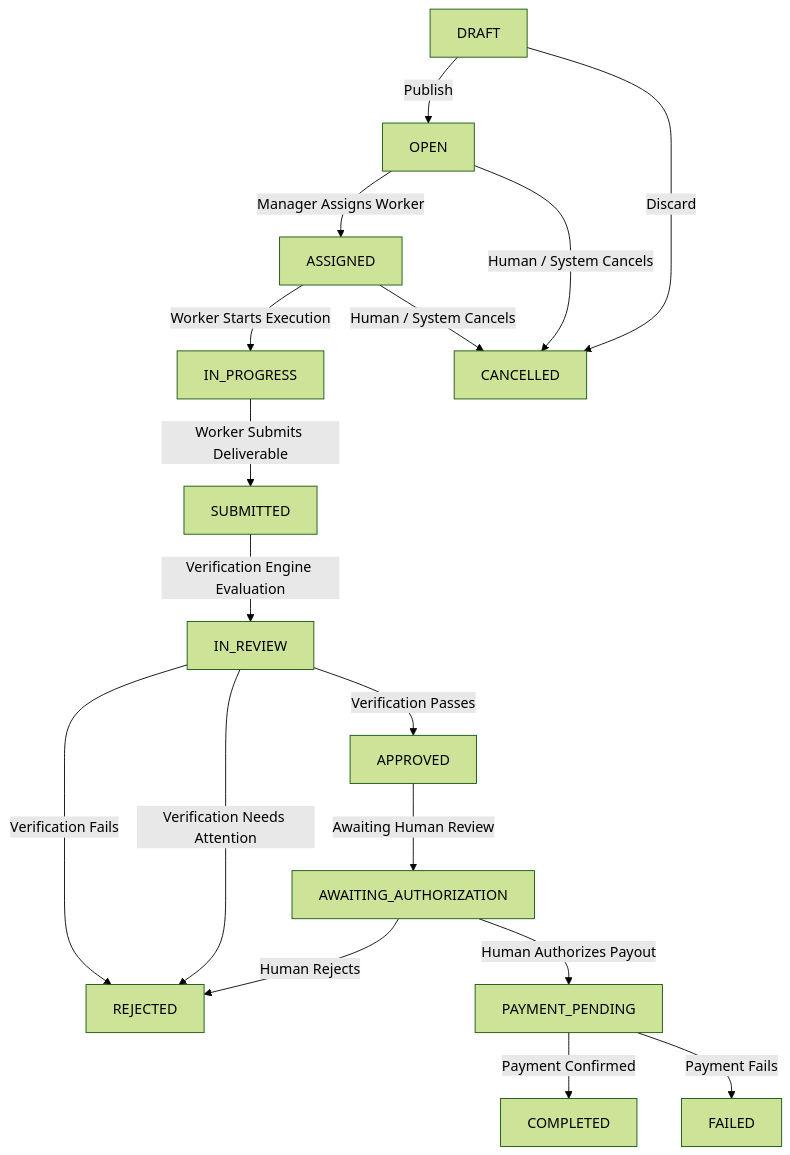
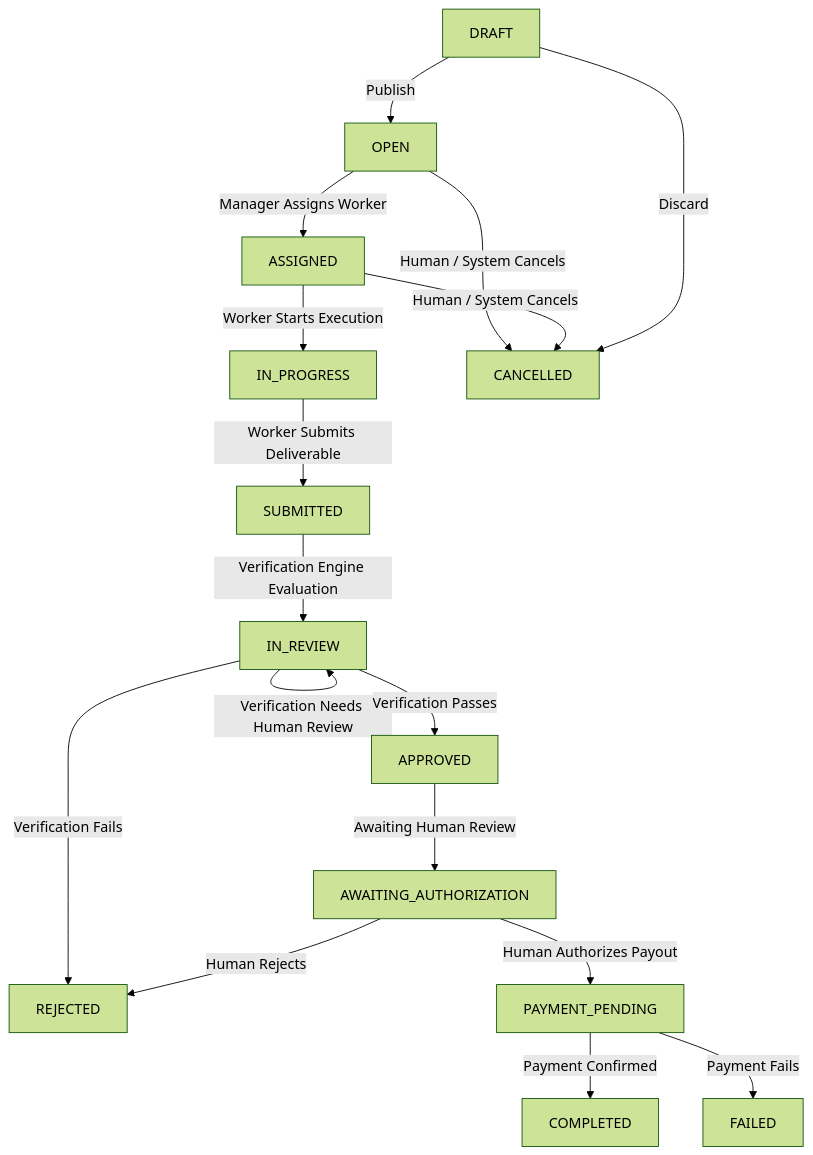
One commit to anuj14122007/Agent-Bounty changed the first of 5 diagrams in docs/STATE_MACHINES.md. Above: the diagram before and after it, drawn with Mermaid (forest theme). The commit also changed other lines of this file and 28 other files, not shown here.

````diff
--- a/docs/STATE_MACHINES.md
+++ b/docs/STATE_MACHINES.md
@@ -7,20 +7,20 @@
 ```mermaid
 flowchart TD
     DRAFT -->|Publish| OPEN
     OPEN -->|Manager Assigns Worker| ASSIGNED
     ASSIGNED -->|Worker Starts Execution| IN_PROGRESS
     IN_PROGRESS -->|Worker Submits Deliverable| SUBMITTED
     SUBMITTED -->|Verification Engine Evaluation| IN_REVIEW
     IN_REVIEW -->|Verification Fails| REJECTED
-    IN_REVIEW -->|Verification Needs Attention| REJECTED
+    IN_REVIEW -->|Verification Needs Human Review| IN_REVIEW
     IN_REVIEW -->|Verification Passes| APPROVED
     APPROVED -->|Awaiting Human Review| AWAITING_AUTHORIZATION
     AWAITING_AUTHORIZATION -->|Human Rejects| REJECTED
     AWAITING_AUTHORIZATION -->|Human Authorizes Payout| PAYMENT_PENDING
     PAYMENT_PENDING -->|Payment Confirmed| COMPLETED
     PAYMENT_PENDING -->|Payment Fails| FAILED
-    
+
     OPEN -->|Human / System Cancels| CANCELLED
     ASSIGNED -->|Human / System Cancels| CANCELLED
     DRAFT -->|Discard| CANCELLED
 ```
````
